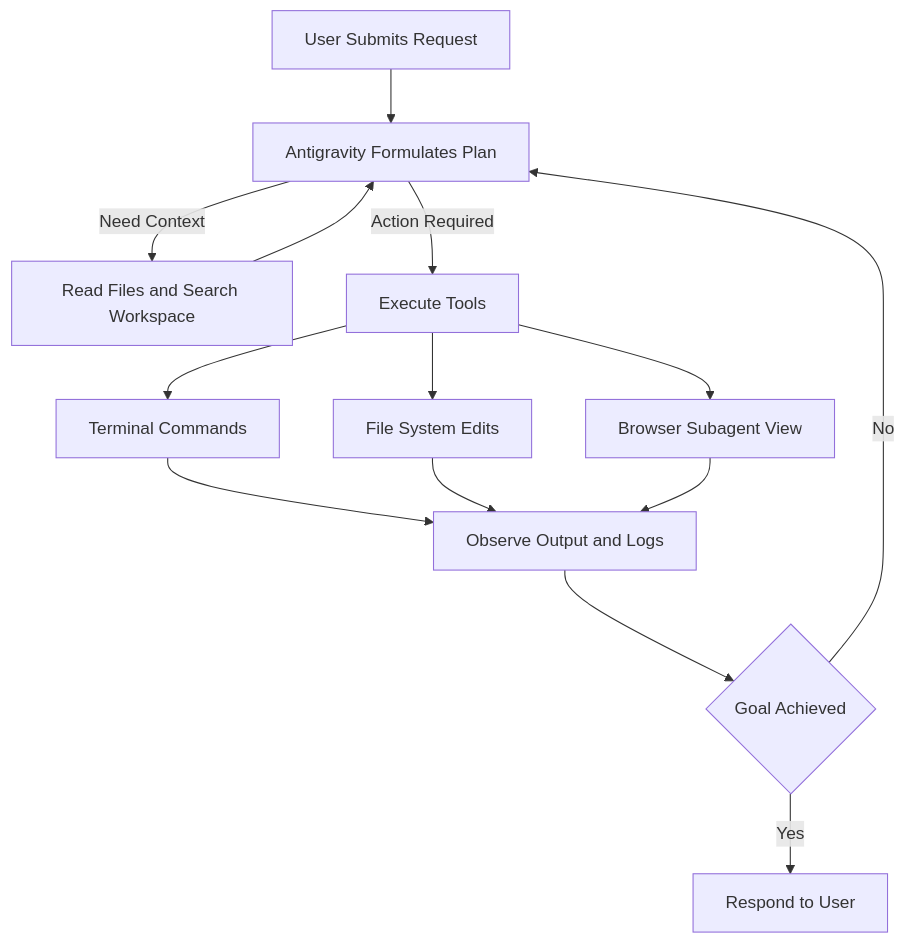
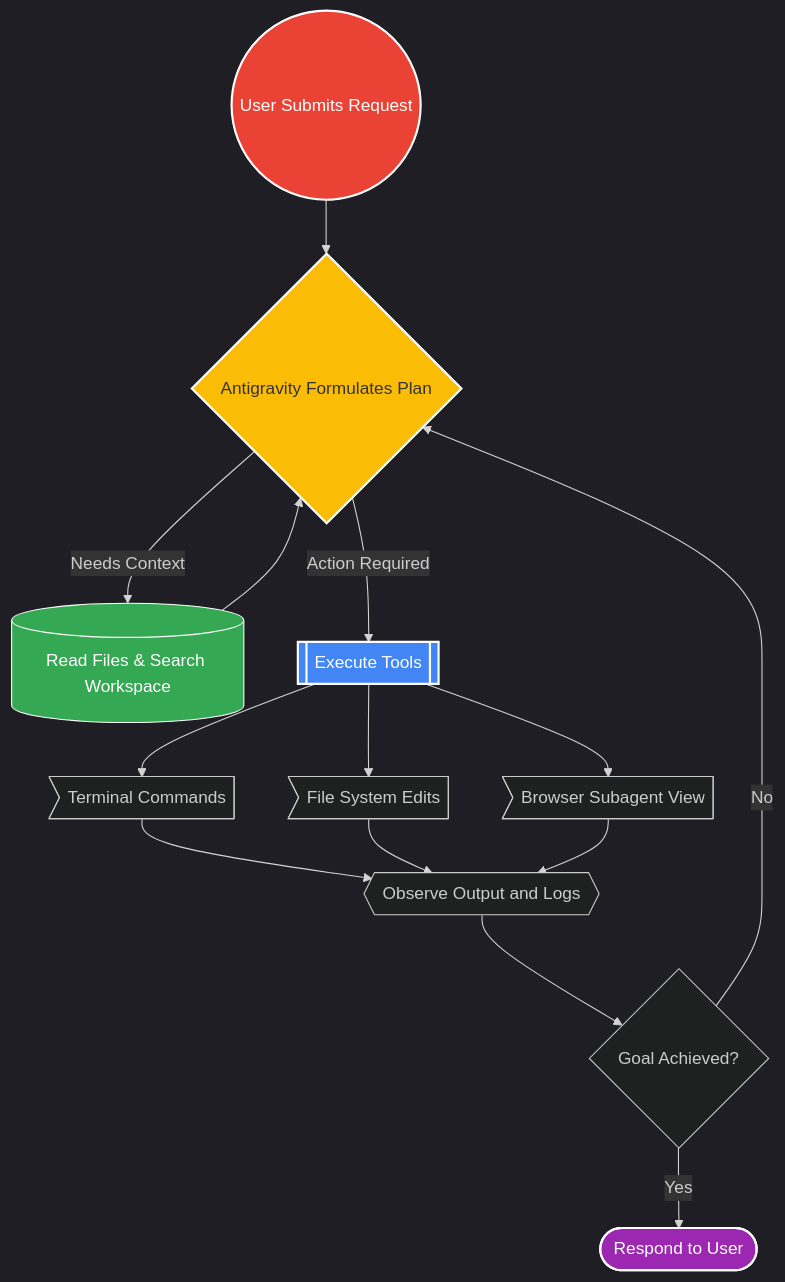
The first of 4 diagrams in Antigravity101.md (sinansoyalic-ai/Antigravity), drawn with Mermaid before and after one commit. The commit also changed other lines of this file, not shown here.

Commit message:
Update Antigravity101 with visually styled Mermaid extensions and mindmaps

````diff
--- a/Antigravity101.md
+++ b/Antigravity101.md
@@ -17,21 +17,28 @@
 ```mermaid
+%%{init: {'theme': 'dark', 'themeVariables': { 'primaryColor': '#4285F4', 'edgeLabelBackground': '#333333', 'primaryTextColor': '#FFFFFF' }}}%%
 graph TD
-    UserReq["User Submits Request"] --> Plan["Antigravity Formulates Plan"]
+    classDef userReq fill:#EA4335,stroke:#fff,stroke-width:2px,color:#fff,rx:10px,ry:10px;
+    classDef agentPlan fill:#FBBC05,stroke:#fff,stroke-width:2px,color:#333,rx:10px,ry:10px;
+    classDef context fill:#34A853,stroke:#fff,stroke-width:1px,color:#fff;
+    classDef tool fill:#4285F4,stroke:#fff,stroke-width:2px,color:#fff;
+    classDef endRes fill:#9C27B0,stroke:#fff,stroke-width:2px,color:#fff,rx:20px,ry:20px;
+
+    UserReq((User Submits Request)):::userReq --> Plan{Antigravity Formulates Plan}:::agentPlan
     
-    Plan -->|Need Context| ContextTools["Read Files and Search Workspace"]
+    Plan -->|Needs Context| ContextTools[(Read Files & Search Workspace)]:::context
     ContextTools --> Plan
     
-    Plan -->|Action Required| ExecTools["Execute Tools"]
+    Plan -->|Action Required| ExecTools[[Execute Tools]]:::tool
     
-    ExecTools --> TermCmds["Terminal Commands"]
-    ExecTools --> FileEdits["File System Edits"]
-    ExecTools --> Browser["Browser Subagent View"]
+    ExecTools --> TermCmds>Terminal Commands]
+    ExecTools --> FileEdits>File System Edits]
+    ExecTools --> Browser>Browser Subagent View]
     
-    TermCmds --> ObsLogs["Observe Output and Logs"]
+    TermCmds --> ObsLogs{{Observe Output and Logs}}
     FileEdits --> ObsLogs
     Browser --> ObsLogs
     
-    ObsLogs --> GoalCheck{"Goal Achieved"}
+    ObsLogs --> GoalCheck{"Goal Achieved?"}
     GoalCheck -->|No| Plan
-    GoalCheck -->|Yes| EndRes["Respond to User"]
+    GoalCheck -->|Yes| EndRes([Respond to User]):::endRes
 ```
````
